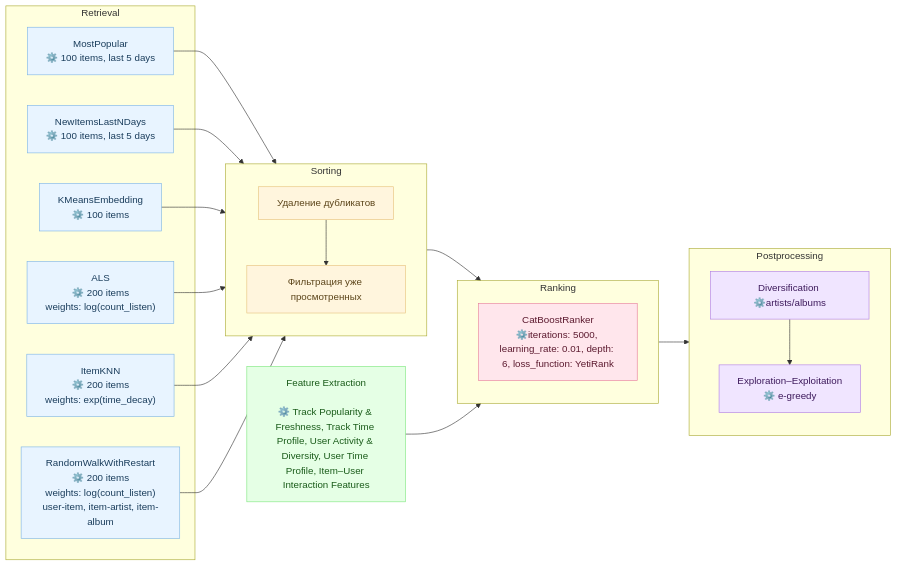
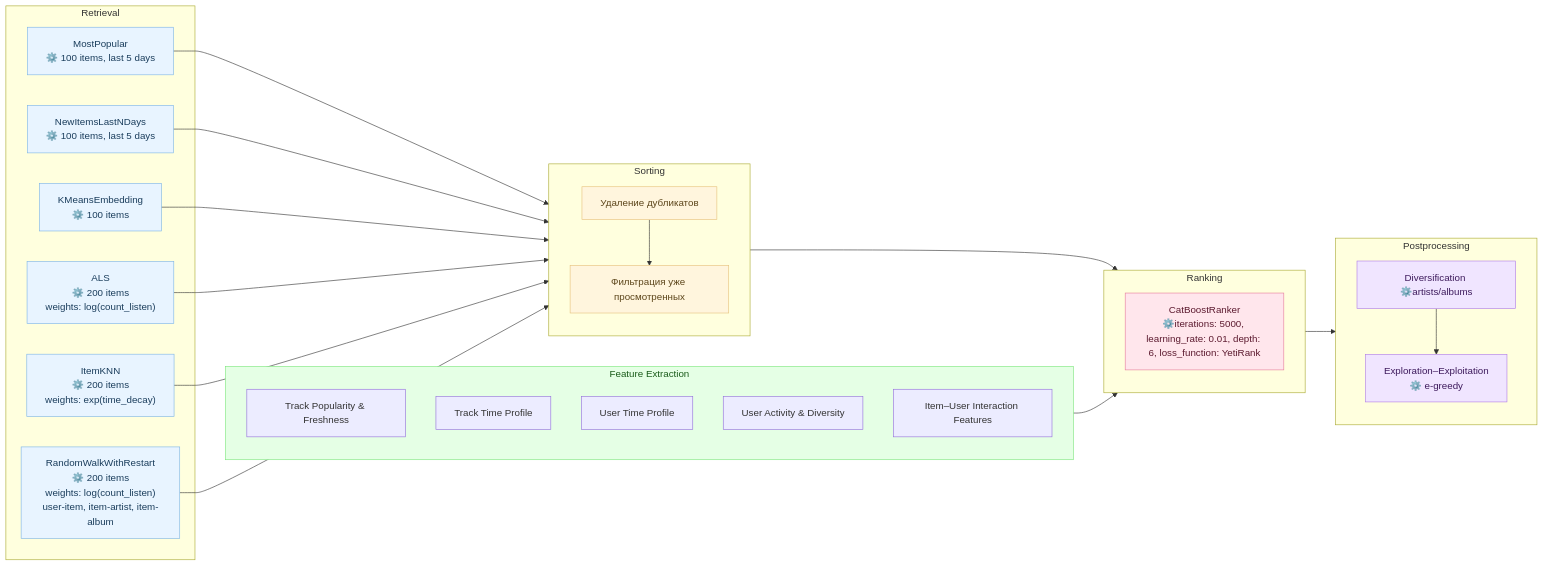
The second of 2 diagrams in README.md (Nastasy822/music-recommendation-experiments), drawn with Mermaid before and after one commit.

Commit message:
docs(readme): update diagram

````diff
--- a/README.md
+++ b/README.md
@@ -180,63 +180,71 @@
 ```mermaid
 flowchart LR
     %% === Retrieval Models ===
     subgraph RETRIEVAL ["Retrieval"]
         PopAll["MostPopular<br/>⚙️ 100 items, last 5 days"]
         PopUser["NewItemsLastNDays<br/>⚙️ 100 items, last 5 days"]
         SIM["KMeansEmbedding<br/>⚙️ 100 items"]
         ITEMKNN["ItemKNN<br/>⚙️ 200 items<br/>weights: exp(time_decay)"]
         GRAPH["RandomWalkWithRestart<br/>⚙️ 200 items<br/>weights: log(count_listen)<br/>user-item, item-artist, item-album"]
         ALS["ALS<br/>⚙️ 200 items<br/>weights: log(count_listen)"]
     end
 
     %% === Sorting Stage ===
     subgraph SORTING ["Sorting"]
         direction TB
         DUBLICATE["Удаление дубликатов"]
         FILTER["Фильтрация уже просмотренных"]
         DUBLICATE --> FILTER
     end
+    
+    %% === Feature Extraction ===
+    subgraph FEATS ["Feature Extraction"]
+        Popularity["Track Popularity & Freshness"]
+        TrackTimeProfile["Track Time Profile"]
+        UserTimeProfile["User Time Profile"]
+        UserActivityDiversity["User Activity & Diversity"]
+        ItemUser["Item–User Interaction Features"]
 
-    %% === Feature Extraction ===
-    FEATS["Feature Extraction<br><br>⚙️ Track Popularity & Freshness, Track Time Profile, User Activity & Diversity, User Time Profile, Item–User Interaction Features"]
-    
+    end
+
+
     %% === Ranking Stage ===
     subgraph RANKING ["Ranking"]
         RANK["CatBoostRanker<br/>⚙️iterations: 5000, learning_rate: 0.01, depth: 6, loss_function: YetiRank"]
     end
 
     %% === Postprocessing Stage ===
     subgraph POSTPROCESS ["Postprocessing"]
         direction TB
         ARTIST_FILTER["Diversification ⚙️artists/albums"]
         EXPLORATION["Exploration–Exploitation<br/> ⚙️ e-greedy"]
         ARTIST_FILTER --> EXPLORATION
     end
 
 
 
     %% === Data Flows ===
     PopAll --> SORTING
     PopUser --> SORTING
     SIM --> SORTING
     ALS --> SORTING
     ITEMKNN --> SORTING
     GRAPH --> SORTING
     SORTING --> RANKING
     FEATS --> RANKING
     RANKING --> POSTPROCESS
 
     %% === Styles ===
     classDef retrieval fill:#e8f4ff,stroke:#7db4e6,color:#1a3d5c;
     classDef sorting fill:#fff5dd,stroke:#e6c27d,color:#5c451a;
     classDef ranking fill:#ffe6ec,stroke:#e67d9c,color:#5c1a2f;
     classDef postprocess fill:#f0e5ff,stroke:#b07de6,color:#3d1a5c;
     classDef features fill:#e5ffe5,stroke:#7de67d,color:#1a5c1a;
 
     class PopAll,PopUser,SIM,ALS,ITEMKNN,GRAPH retrieval;
     class FILTER,DUBLICATE sorting;
     class RANK ranking;
     class ARTIST_FILTER,EXPLORATION postprocess;
     class FEATS features;
 
 ```
````
